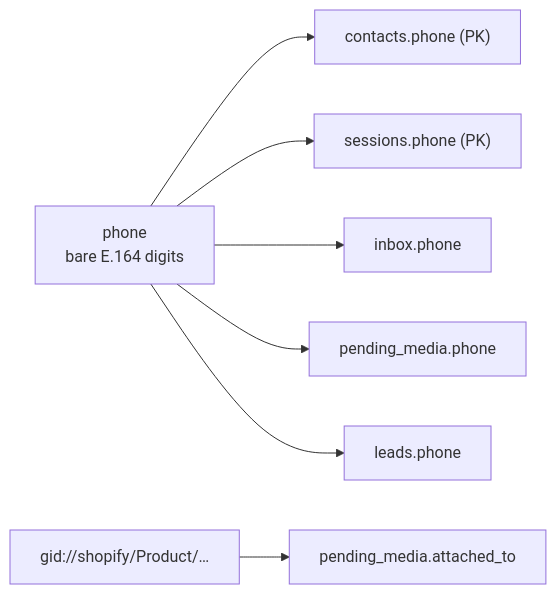
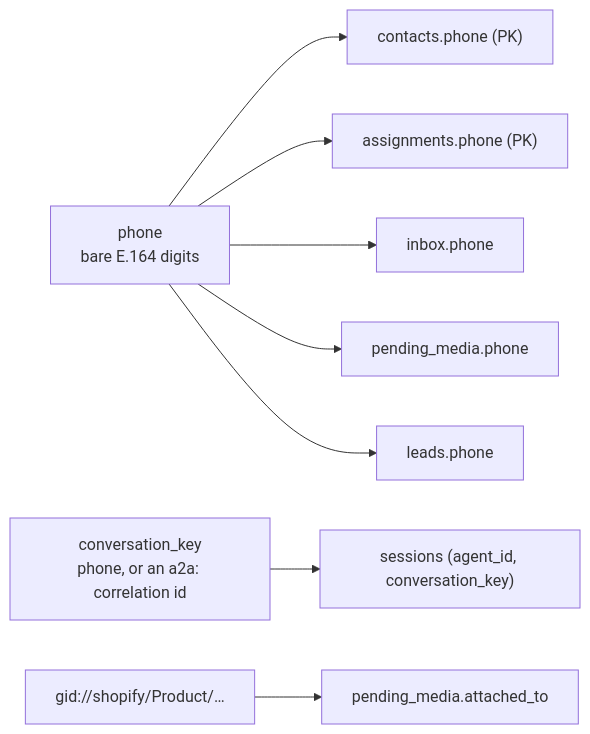
The second of 2 diagrams in docs/03-datos/README.md (santiagoposadag/ShopifyVitrina), drawn with Mermaid before and after one commit. The commit also changed other lines of this file and 10 other files, not shown here.

````diff
--- a/docs/03-datos/README.md
+++ b/docs/03-datos/README.md
@@ -46,9 +43,10 @@
 ```mermaid
 graph LR
     PH["phone<br/>bare E.164 digits"] --> CO2["contacts.phone (PK)"]
-    PH --> SE2["sessions.phone (PK)"]
+    PH --> AS2["assignments.phone (PK)"]
     PH --> IN2["inbox.phone"]
     PH --> PM2["pending_media.phone"]
     PH --> LE2["leads.phone"]
+    CK["conversation_key<br/>phone, or an a2a: correlation id"] --> SE2["sessions (agent_id, conversation_key)"]
     GID["gid://shopify/Product/…"] --> AT["pending_media.attached_to"]
 ```
````
